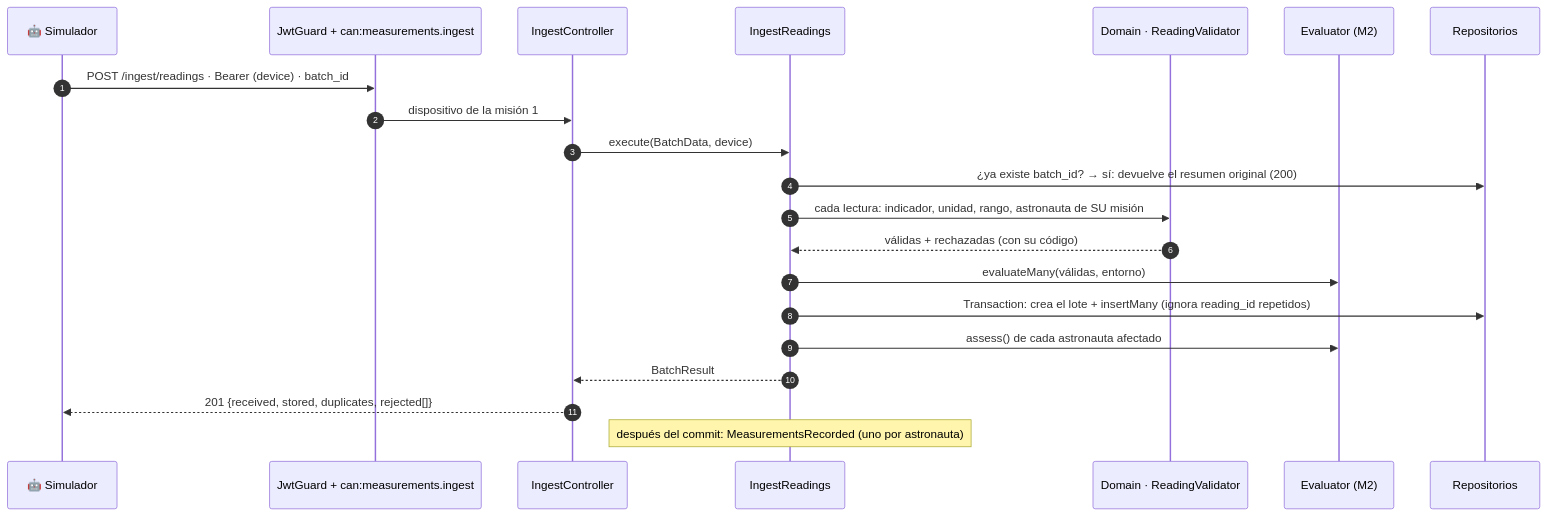
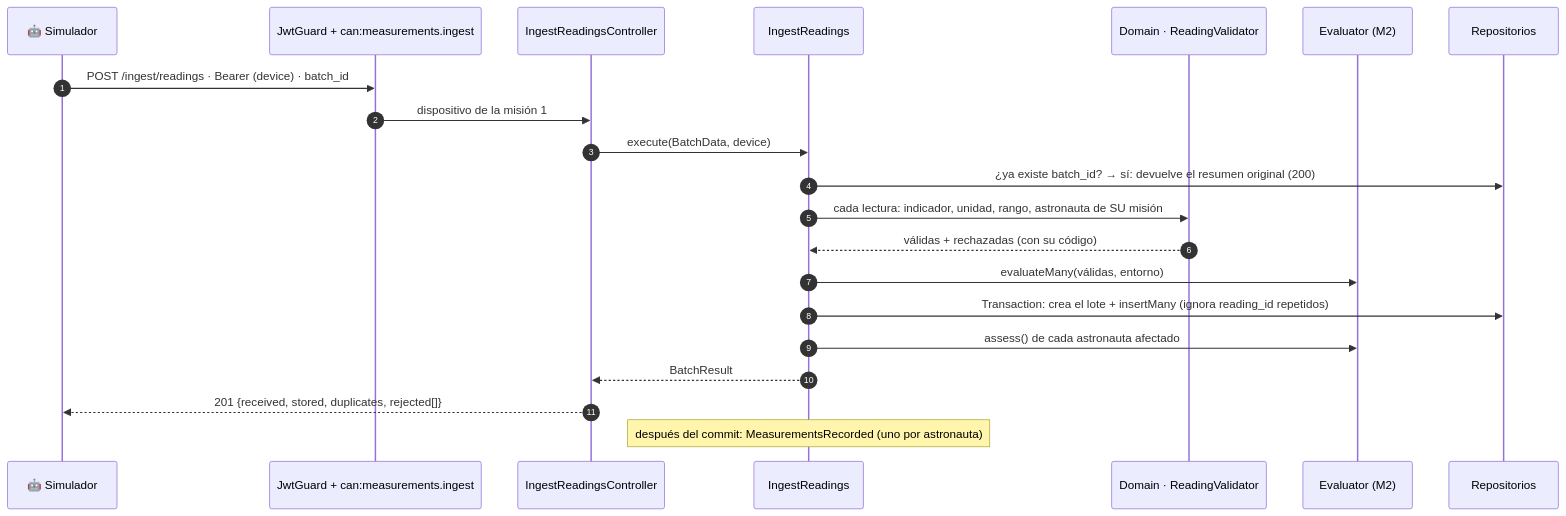
One commit to HACKATHON-NASA/ARTEMIS-III changed the diagram in astrohealth/docs/backend/M1-registro/README.md. Above: the diagram before and after it, drawn with Mermaid. The commit also changed other lines of this file and 27 other files, not shown here.

````diff
--- a/astrohealth/docs/backend/M1-registro/README.md
+++ b/astrohealth/docs/backend/M1-registro/README.md
@@ -22,23 +22,23 @@
 ```mermaid
 sequenceDiagram
     autonumber
     participant S as 🤖 Simulador
     participant G as JwtGuard + can:measurements.ingest
-    participant C as IngestController
+    participant C as IngestReadingsController
     participant U as IngestReadings
     participant D as Domain · ReadingValidator
     participant E as Evaluator (M2)
     participant R as Repositorios
     S->>G: POST /ingest/readings · Bearer (device) · batch_id
     G->>C: dispositivo de la misión 1
     C->>U: execute(BatchData, device)
     U->>R: ¿ya existe batch_id? → sí: devuelve el resumen original (200)
     U->>D: cada lectura: indicador, unidad, rango, astronauta de SU misión
     D-->>U: válidas + rechazadas (con su código)
     U->>E: evaluateMany(válidas, entorno)
     U->>R: Transaction: crea el lote + insertMany (ignora reading_id repetidos)
     U->>E: assess() de cada astronauta afectado
     U-->>C: BatchResult
     C-->>S: 201 {received, stored, duplicates, rejected[]}
     Note over U: después del commit: MeasurementsRecorded (uno por astronauta)
 ```
````
